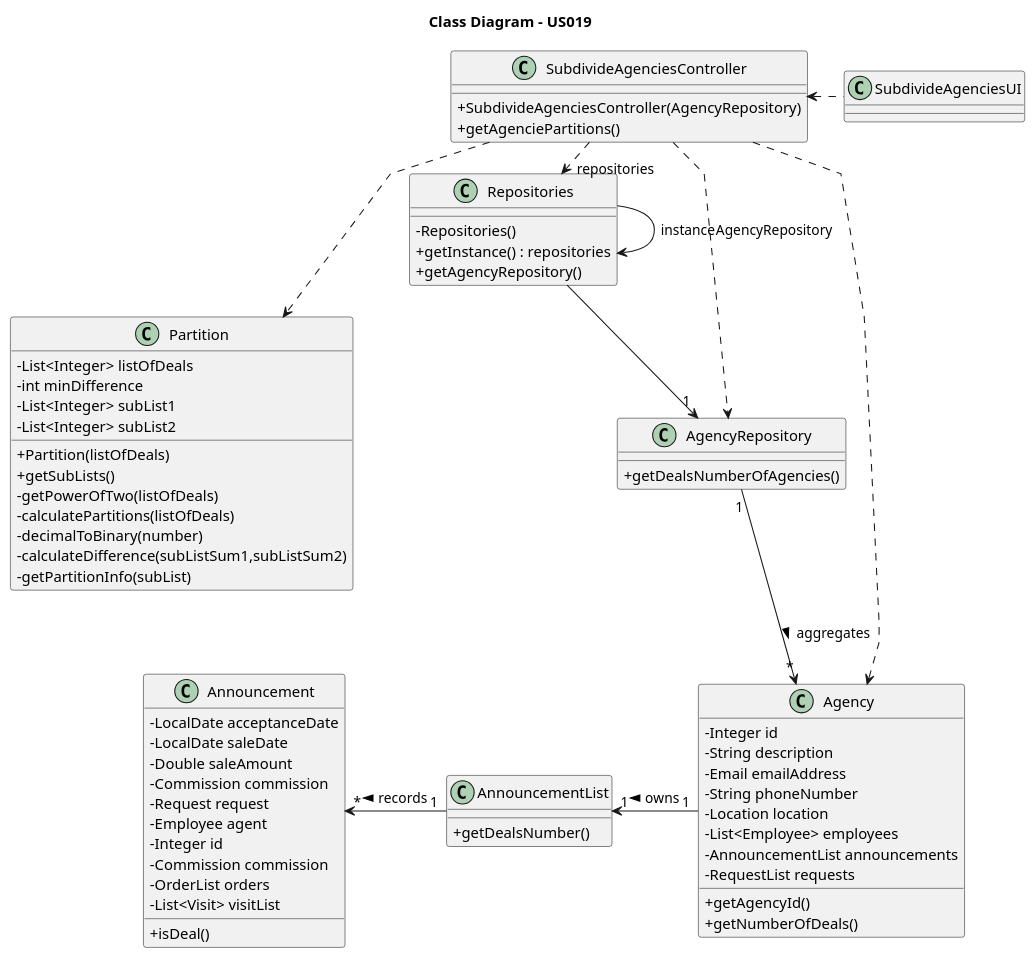
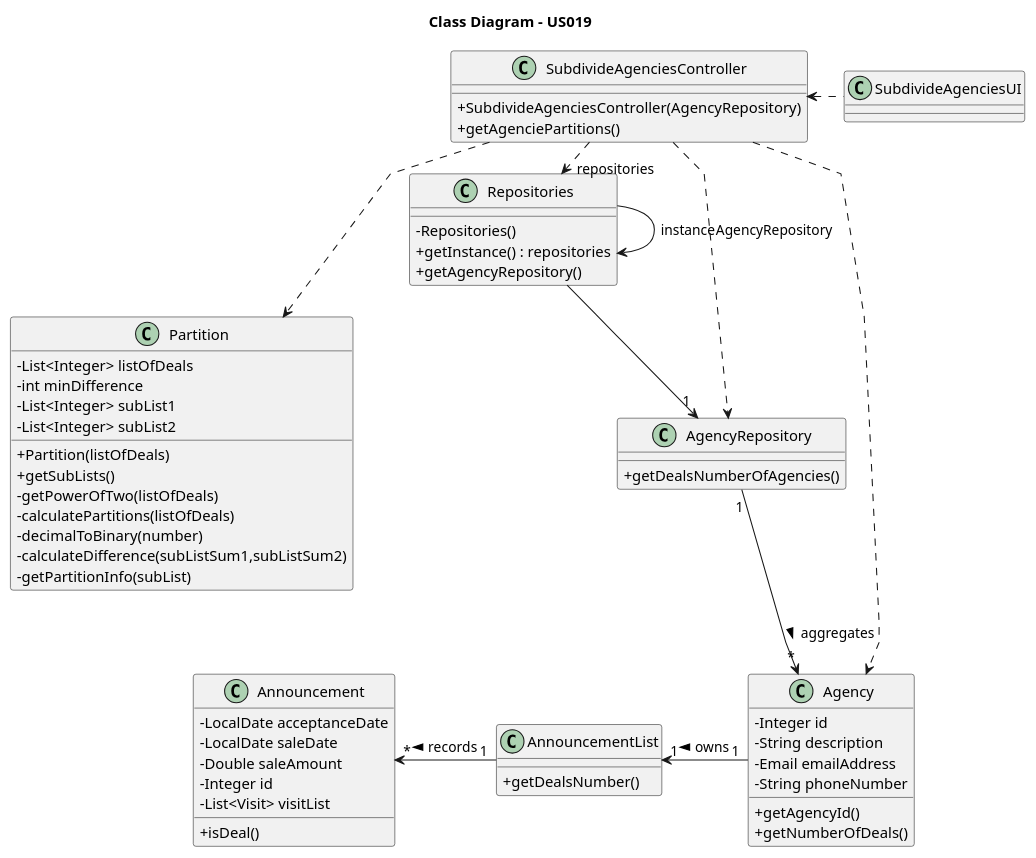
The diagram in docs/sprintD/us019/03.design/puml/us019-class-diagram.puml (rita-barbosa/LAPR2-2223), drawn with PlantUML before and after one commit. The commit also changed 2 other files, not shown here.

Commit message:
Update documentation & sequence diagram [US019][Design]

```diff
--- a/docs/sprintD/us019/03.design/puml/us019-class-diagram.puml
+++ b/docs/sprintD/us019/03.design/puml/us019-class-diagram.puml
@@ -1,125 +1,116 @@
 @startuml
 'skinparam monochrome true
 skinparam packageStyle rectangle
 skinparam shadowing false
 skinparam linetype polyline
 'skinparam linetype orto
 
 skinparam classAttributeIconSize 0
 
 'left to right direction
 
 title Class Diagram - US019
 
 class Agency {
     - Integer id
     - String description
     - Email emailAddress
     - String phoneNumber
-    - Location location
-    - List<Employee> employees
-    - AnnouncementList announcements
-    - RequestList requests
     + getAgencyId()
     + getNumberOfDeals()
 }
 
 class AnnouncementList{
     + getDealsNumber()
 }
 
 
 class Announcement{
     - LocalDate acceptanceDate
     - LocalDate saleDate
     - Double saleAmount
-    - Commission commission
-    - Request request
-    - Employee agent
     - Integer id
-    - Commission commission
-    - OrderList orders
     - List<Visit> visitList
     + isDeal()
 }
 
 class Partition {
     - List<Integer> listOfDeals
     - int minDifference
     - List<Integer> subList1
     - List<Integer> subList2
     + Partition(listOfDeals)
     + getSubLists()
     - getPowerOfTwo(listOfDeals)
     - calculatePartitions(listOfDeals)
     - decimalToBinary(number)
     - calculateDifference(subListSum1,subListSum2)
     - getPartitionInfo(subList)
 
 }
 
 note right of Partition::getBinaryRepList
 The variable size is
 retrieved from listOfDeals
 end note
 
 note right of Partition::getBinaryRepresentation
 idx equals 0, and will
 be incremented in every
 iteration
 end note
 
 'class ListInteger << List<Integer> >>{
 '    + add(agencyId, deals)
 '}
 
 'class ListString << List<String> >>{
 '    + add(sublistString)
 '}
 
 class AgencyRepository {
     + getDealsNumberOfAgencies()
 }
 
 class Repositories {
     - Repositories()
     + getInstance() : repositories
     + getAgencyRepository()
 }
 
 class SubdivideAgenciesController {
     + SubdivideAgenciesController(AgencyRepository)
     + getAgenciePartitions()
 }
 
 class SubdivideAgenciesUI {
 }
 
 Repositories -> Repositories : instance
 
 SubdivideAgenciesUI .left> SubdivideAgenciesController
 
 SubdivideAgenciesController .> Repositories : repositories
 
 SubdivideAgenciesController .down.> Partition
 
 Repositories -> "1" AgencyRepository
 
 SubdivideAgenciesController ..> Agency
 SubdivideAgenciesController ..> AgencyRepository : AgencyRepository
 
 AgencyRepository "1" --> "*" Agency : aggregates >
 
 Agency "1" -left> "1" AnnouncementList : owns >
 
 AnnouncementList "1" -left> "*" Announcement: records >
 
 'AgencyRepository "1" -> "1" ListInteger : creates >
 
 'Partition "1" --> "1" ListString : creates >
 
 
 
 
 
 @enduml
```
